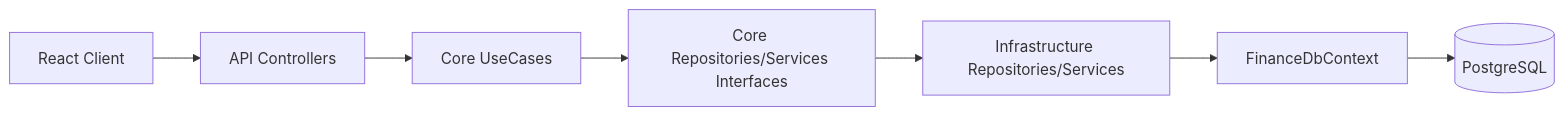
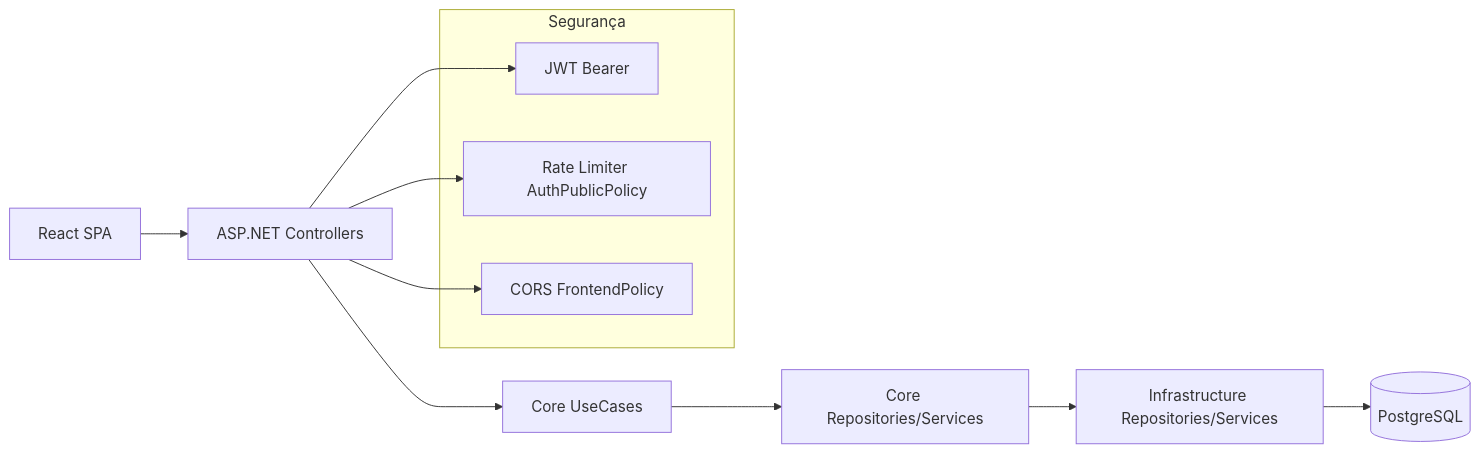
Before and after one commit to rafalves106/finances-clean: the first of 2 diagrams in PROJECT_MAP.md, drawn with Mermaid. The commit also changed other lines of this file and 26 other files, not shown here.

Commit message:
fix(ciclo-2): resolver 7 bloqueantes do no-go — cobertura, cors, jwt cookie, runbook, simulador

````diff
--- a/PROJECT_MAP.md
+++ b/PROJECT_MAP.md
@@ -62,9 +69,18 @@
 ```mermaid
 flowchart LR
-  UI[React Client] --> API[API Controllers]
+  UI[React SPA] --> API[ASP.NET Controllers]
   API --> UC[Core UseCases]
-  UC --> Contracts[Core Repositories/Services Interfaces]
-  Contracts --> Infra[Infrastructure Repositories/Services]
-  Infra --> DbContext[FinanceDbContext]
-  DbContext --> PG[(PostgreSQL)]
+  UC --> Portas[Core Repositories/Services]
+  Portas --> Infra[Infrastructure Repositories/Services]
+  Infra --> DB[(PostgreSQL)]
+
+  subgraph Segurança
+    JWT[JWT Bearer]
+    RL[Rate Limiter AuthPublicPolicy]
+    CORS[CORS FrontendPolicy]
+  end
+
+  API --> JWT
+  API --> RL
+  API --> CORS
 ```
````
